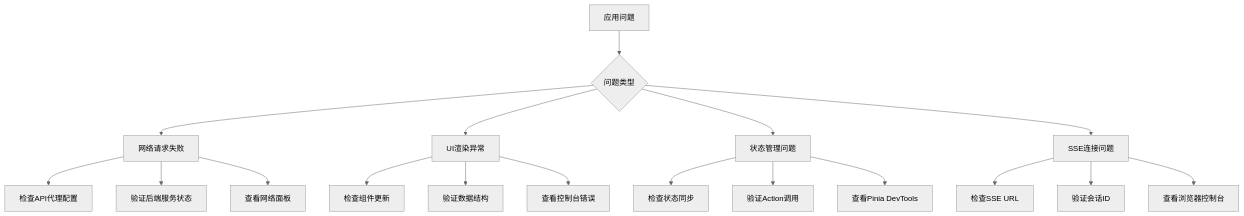
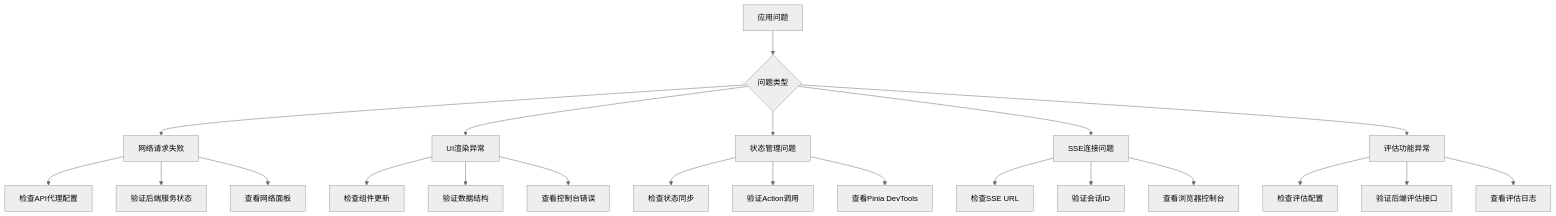
One commit to HanHuiOnLine/724-office changed diagram 17 of 17 in .qoder/repowiki/zh/content/核心模块详解/NL2SQL自然语言到SQL系统/NL2SQL前端增强功能.md. Above: the diagram before and after it, drawn with Mermaid (neutral theme). The commit also changed other lines of this file and 200 other files, not shown here.

````diff
--- a/.qoder/repowiki/zh/content/核心模块详解/NL2SQL自然语言到SQL系统/NL2SQL前端增强功能.md
+++ b/.qoder/repowiki/zh/content/核心模块详解/NL2SQL自然语言到SQL系统/NL2SQL前端增强功能.md
@@ -536,20 +613,24 @@
 ```mermaid
 flowchart TD
 A[应用问题] --> B{问题类型}
 B --> C[网络请求失败]
 B --> D[UI渲染异常]
 B --> E[状态管理问题]
 B --> F[SSE连接问题]
-C --> G[检查API代理配置]
-C --> H[验证后端服务状态]
-C --> I[查看网络面板]
-D --> J[检查组件更新]
-D --> K[验证数据结构]
-D --> L[查看控制台错误]
-E --> M[检查状态同步]
-E --> N[验证Action调用]
-E --> O[查看Pinia DevTools]
-F --> P[检查SSE URL]
-F --> Q[验证会话ID]
-F --> R[查看浏览器控制台]
+B --> G[评估功能异常]
+C --> H[检查API代理配置]
+C --> I[验证后端服务状态]
+C --> J[查看网络面板]
+D --> K[检查组件更新]
+D --> L[验证数据结构]
+D --> M[查看控制台错误]
+E --> N[检查状态同步]
+E --> O[验证Action调用]
+E --> P[查看Pinia DevTools]
+F --> Q[检查SSE URL]
+F --> R[验证会话ID]
+F --> S[查看浏览器控制台]
+G --> T[检查评估配置]
+G --> U[验证后端评估接口]
+G --> V[查看评估日志]
 ```
````
